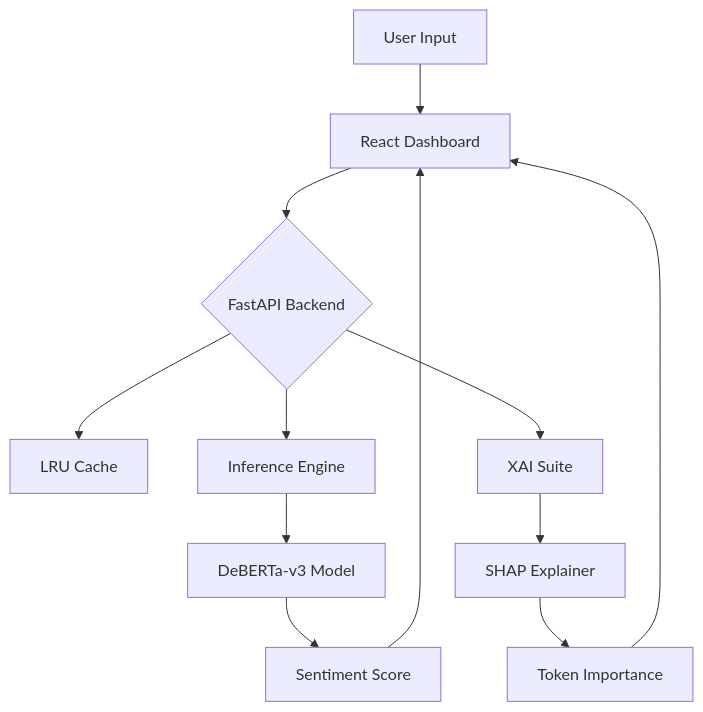
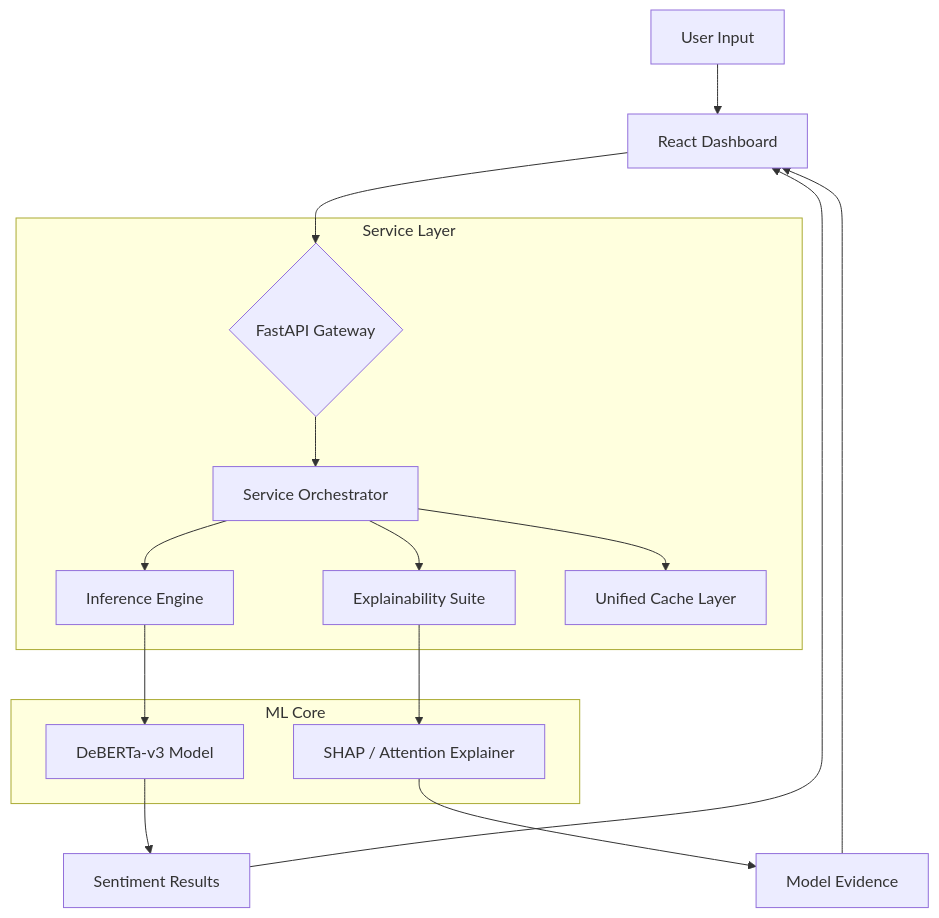
Before and after one commit to Balmukund-Sinha/Sentiment-Analysis-: the diagram in README.md, drawn with Mermaid. The commit also changed other lines of this file, not shown here.

Commit message:
docs: upgrade README to v4.5 with benchmarks, hardware specs, and roadmap

````diff
--- a/README.md
+++ b/README.md
@@ -14,14 +16,22 @@
 ```mermaid
 graph TD
     A[User Input] --> B[React Dashboard]
-    B --> C{FastAPI Backend}
-    C --> D[LRU Cache]
-    C --> E[Inference Engine]
-    E --> F[DeBERTa-v3 Model]
-    F --> G[Sentiment Score]
-    C --> H[XAI Suite]
-    H --> I[SHAP Explainer]
-    I --> J[Token Importance]
-    G --> B
+    B --> C{FastAPI Gateway}
+    
+    subgraph Service Layer
+        C --> D[Service Orchestrator]
+        D --> E[Inference Engine]
+        D --> F[Explainability Suite]
+        D --> G[Unified Cache Layer]
+    end
+    
+    subgraph ML Core
+        E --> H[DeBERTa-v3 Model]
+        F --> I[SHAP / Attention Explainer]
+    end
+    
+    H --> J[Sentiment Results]
+    I --> K[Model Evidence]
     J --> B
+    K --> B
 ```
````
